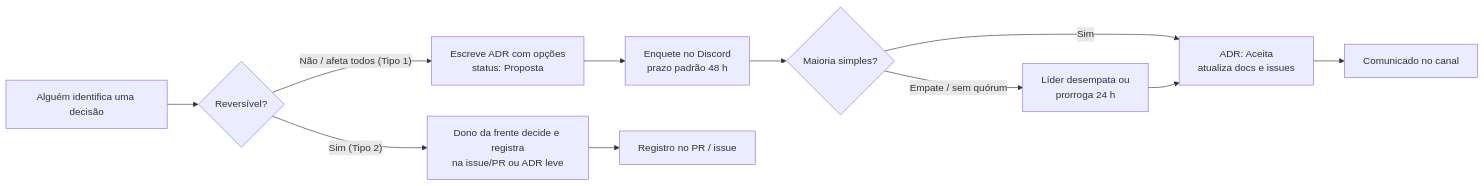
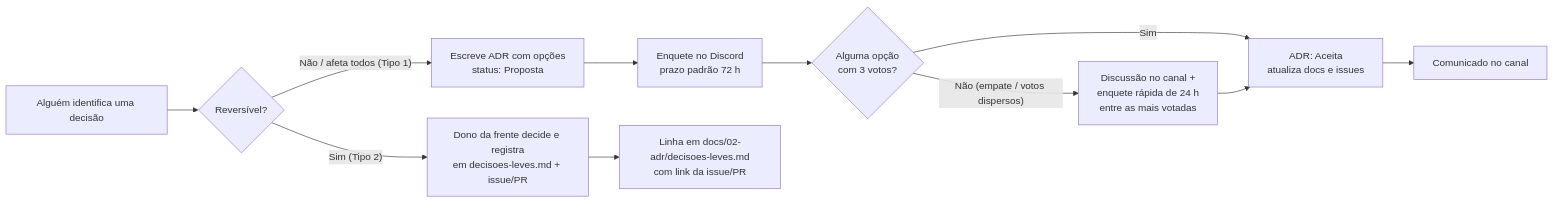
The first of 2 diagrams in docs/00-guia-do-grupo/como-trabalhamos.md (HermandoThiago/FIAP-SOAT), drawn with Mermaid before and after one commit. The commit also changed other lines of this file and 29 other files, not shown here.

````diff
--- a/docs/00-guia-do-grupo/como-trabalhamos.md
+++ b/docs/00-guia-do-grupo/como-trabalhamos.md
@@ -31,13 +31,13 @@
 ```mermaid
 flowchart LR
     A[Alguém identifica uma decisão] --> B{Reversível?}
-    B -- "Sim (Tipo 2)" --> C[Dono da frente decide e registra<br/>na issue/PR ou ADR leve]
+    B -- "Sim (Tipo 2)" --> C[Dono da frente decide e registra<br/>em decisoes-leves.md + issue/PR]
     B -- "Não / afeta todos (Tipo 1)" --> D[Escreve ADR com opções<br/>status: Proposta]
-    D --> E[Enquete no Discord<br/>prazo padrão 48 h]
-    E --> F{Maioria simples?}
+    D --> E[Enquete no Discord<br/>prazo padrão 72 h]
+    E --> F{Alguma opção<br/>com 3 votos?}
     F -- Sim --> G[ADR: Aceita<br/>atualiza docs e issues]
-    F -- "Empate / sem quórum" --> H[Líder desempata ou<br/>prorroga 24 h]
+    F -- "Não (empate / votos dispersos)" --> H[Discussão no canal +<br/>enquete rápida de 24 h<br/>entre as mais votadas]
     H --> G
-    C --> I[Registro no PR / issue]
+    C --> I[Linha em docs/02-adr/decisoes-leves.md<br/>com link da issue/PR]
     G --> J[Comunicado no canal]
 ```
````
